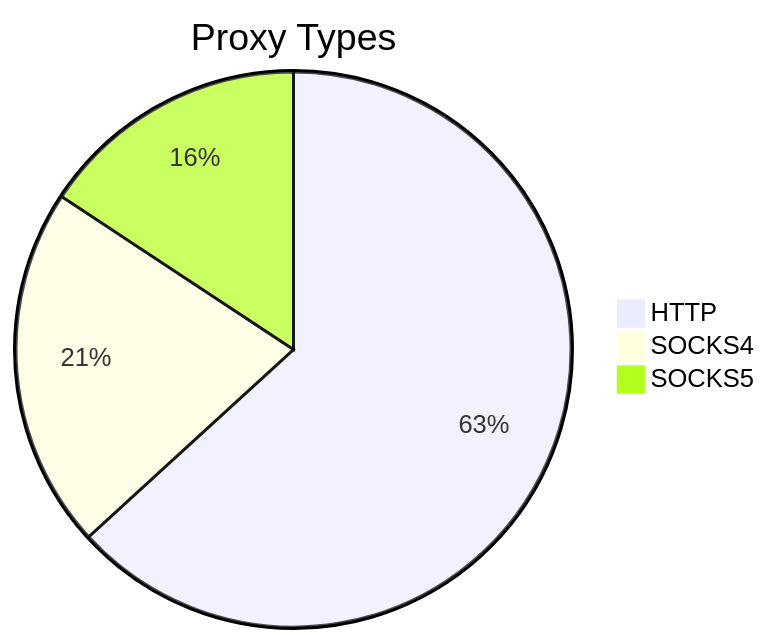
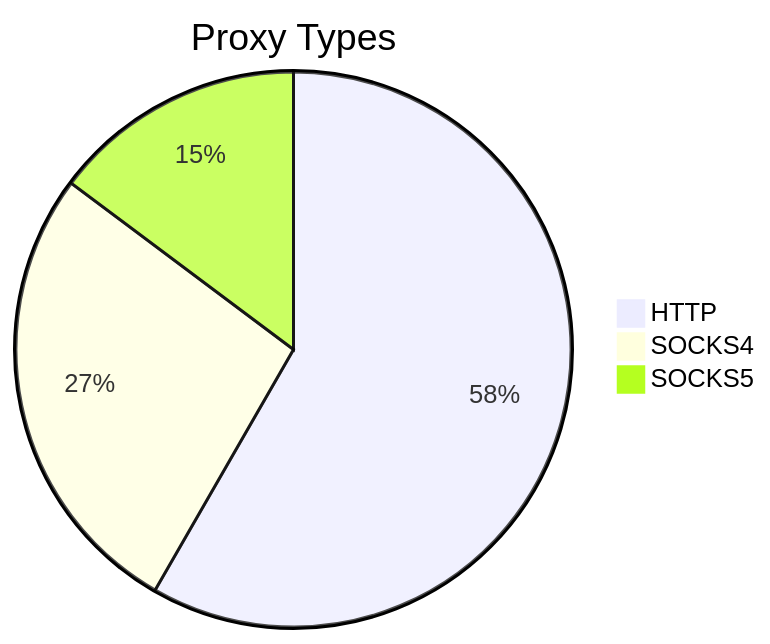
The first of 2 diagrams in README.md (stormsia/proxy-list), drawn with Mermaid before and after one commit. The commit also changed other lines of this file, not shown here.

````diff
--- a/README.md
+++ b/README.md
@@ -21,6 +21,6 @@
 ```mermaid
 pie title Proxy Types
-    "HTTP" : 189
-    "SOCKS4" : 63
-    "SOCKS5" : 47
+    "HTTP" : 509
+    "SOCKS4" : 235
+    "SOCKS5" : 129
 ```
````
